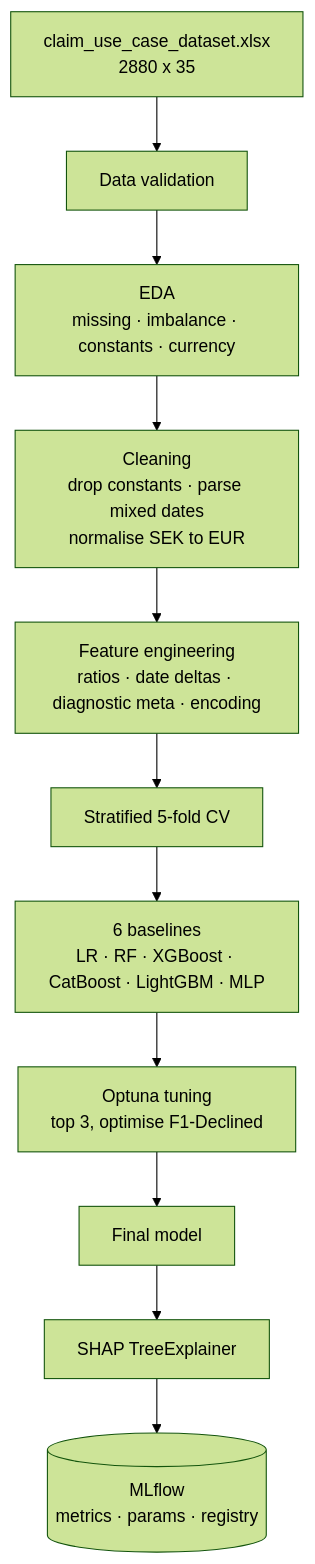
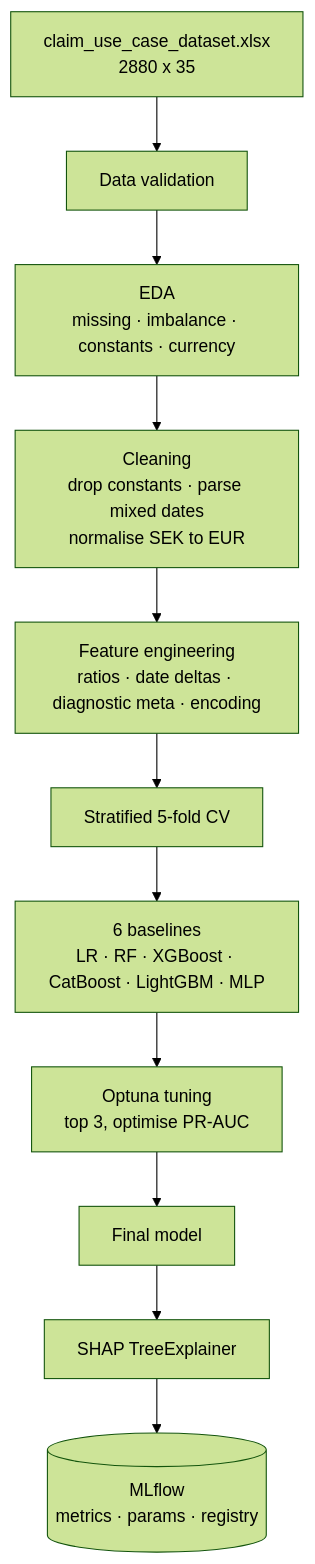
The first of 2 diagrams in README.md (Mahdielaimani/claim-approval-agent), drawn with Mermaid (forest theme) before and after one commit. The commit also changed other lines of this file and 36 other files, not shown here.

Commit message:
Add documentation, diagrams and deployment runbook

````diff
--- a/README.md
+++ b/README.md
@@ -43,13 +47,13 @@
 ```mermaid
 flowchart TD
     A[claim_use_case_dataset.xlsx<br/>2880 x 35] --> B[Data validation]
     B --> C[EDA<br/>missing · imbalance · constants · currency]
     C --> D[Cleaning<br/>drop constants · parse mixed dates<br/>normalise SEK to EUR]
     D --> E[Feature engineering<br/>ratios · date deltas · diagnostic meta · encoding]
     E --> F[Stratified 5-fold CV]
     F --> G[6 baselines<br/>LR · RF · XGBoost · CatBoost · LightGBM · MLP]
-    G --> H[Optuna tuning<br/>top 3, optimise F1-Declined]
+    G --> H[Optuna tuning<br/>top 3, optimise PR-AUC]
     H --> I[Final model]
     I --> J[SHAP TreeExplainer]
     J --> K[(MLflow<br/>metrics · params · registry)]
 ```
````
